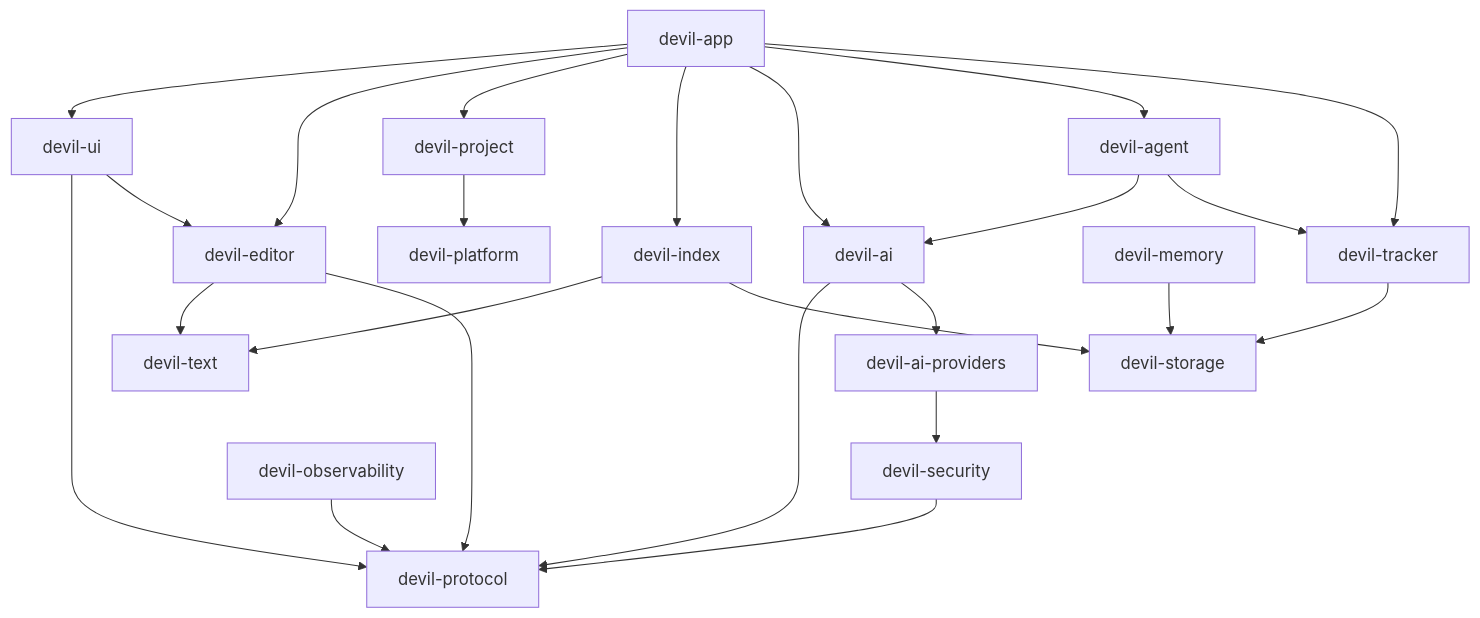
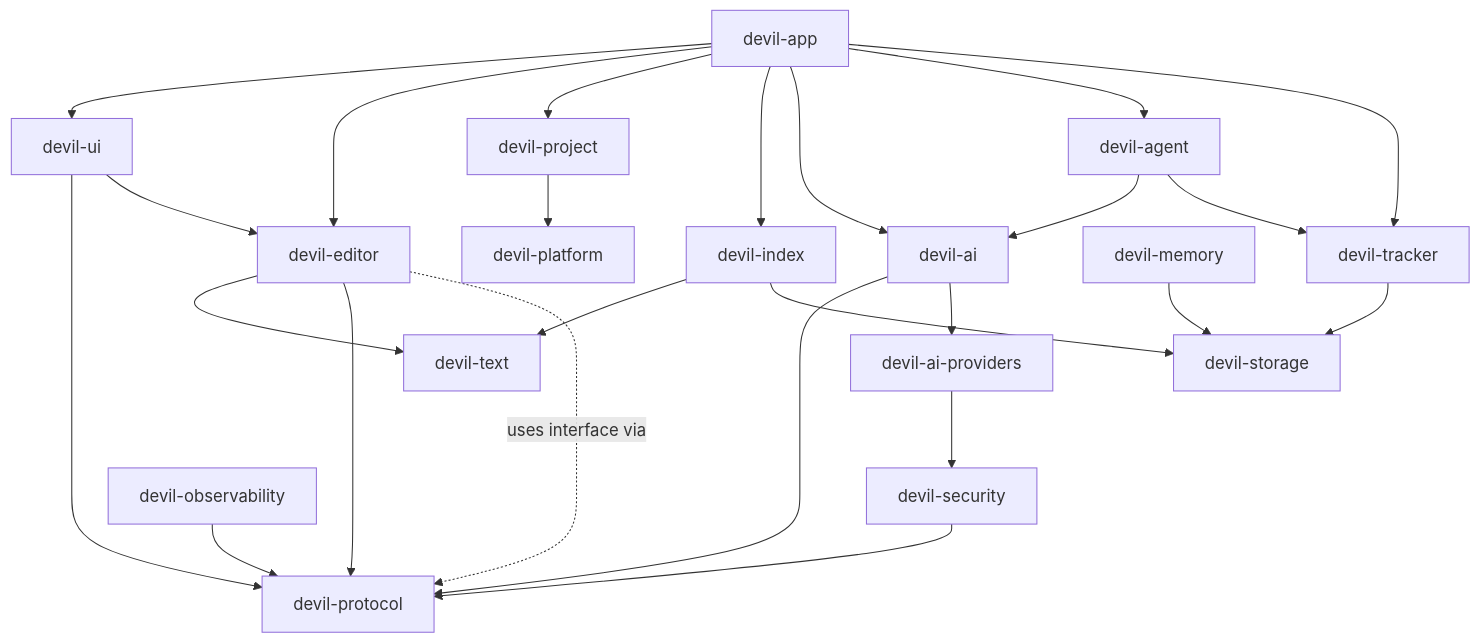
The second of 5 diagrams in plans/architecture-charter-v0.1.md (9thLevelSoftware/legion-ide), drawn with Mermaid before and after one commit. The commit also changed other lines of this file and 26 other files, not shown here.

````diff
--- a/plans/architecture-charter-v0.1.md
+++ b/plans/architecture-charter-v0.1.md
@@ -257,26 +257,27 @@
 ```mermaid
 flowchart TD
     App[devil-app] --> UI[devil-ui]
     App --> Editor[devil-editor]
     App --> Project[devil-project]
     App --> Index[devil-index]
     App --> AI[devil-ai]
     App --> Agent[devil-agent]
     App --> Tracker[devil-tracker]
     UI --> Protocol[devil-protocol]
     UI --> Editor
     Editor --> Text[devil-text]
     Editor --> Protocol
     Project --> Platform[devil-platform]
+    Editor -. uses interface via .-> Protocol
     Index --> Text
     Index --> Storage[devil-storage]
     AI --> Protocol
     AI --> Providers[devil-ai-providers]
     Agent --> AI
     Agent --> Tracker
     Tracker --> Storage
     Memory[devil-memory] --> Storage
     Security[devil-security] --> Protocol
     Providers --> Security
     Observability[devil-observability] --> Protocol
 ```
````
